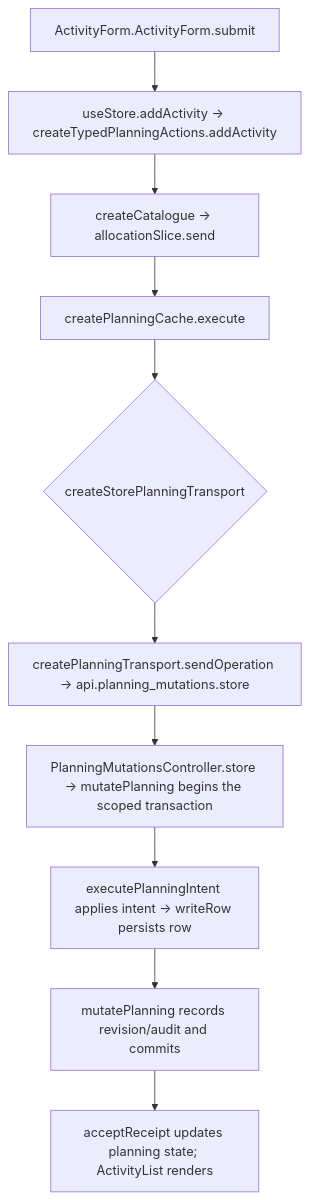
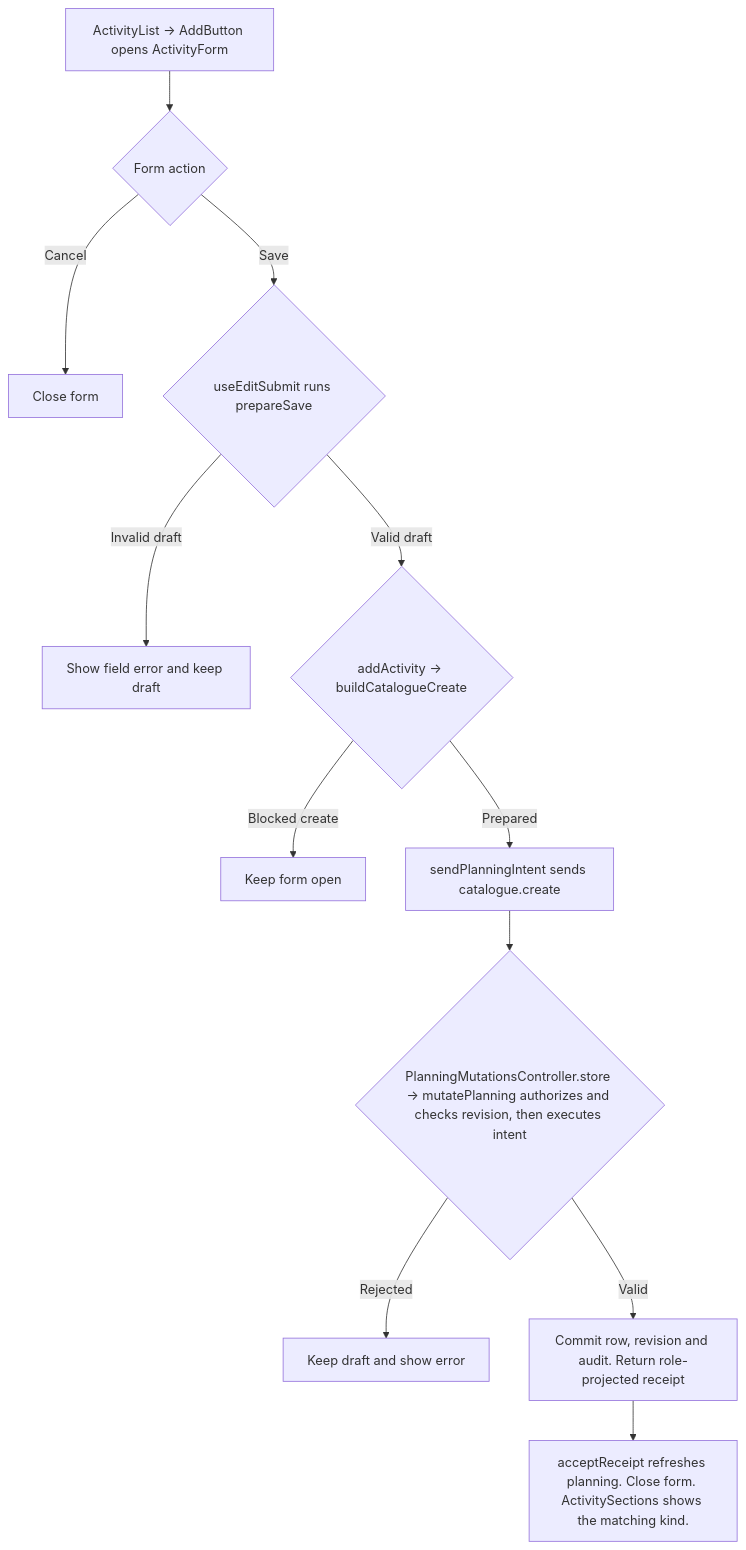
The second of 2 diagrams in user-stories/activities/US-ACT-01-add-activity.md (Kevinjohn/capacitylens), drawn with Mermaid before and after one commit. The commit also changed other lines of this file and 172 other files, not shown here.

Commit message:
docs: reconcile user story code flows with source

````diff
--- a/user-stories/activities/US-ACT-01-add-activity.md
+++ b/user-stories/activities/US-ACT-01-add-activity.md
@@ -39,8 +39,14 @@
 ```mermaid
 flowchart TD
-  A["ActivityForm.ActivityForm.submit"] --> B["useStore.addActivity → createTypedPlanningActions.addActivity"]
-  B --> C["createCatalogue → allocationSlice.send"]
-  C --> D["createPlanningCache.execute"] --> E{"createStorePlanningTransport"}
-  E --> F["createPlanningTransport.sendOperation → api.planning_mutations.store"] --> G["PlanningMutationsController.store → mutatePlanning begins the scoped transaction"]
-  G --> H["executePlanningIntent applies intent → writeRow persists row"] --> K["mutatePlanning records revision/audit and commits"] --> J["acceptReceipt updates planning state; ActivityList renders"]
+  ENTRY["ActivityList → AddButton opens ActivityForm"] --> ACTION{"Form action"}
+  ACTION -->|Cancel| CLOSE["Close form"]
+  ACTION -->|Save| FORM{"useEditSubmit runs prepareSave"}
+  FORM -->|Invalid draft| FIELD["Show field error and keep draft"]
+  FORM -->|Valid draft| CREATE{"addActivity → buildCatalogueCreate"}
+  CREATE -->|Blocked create| OPEN["Keep form open"]
+  CREATE -->|Prepared| SEND["sendPlanningIntent sends catalogue.create"]
+  SEND --> SERVER{"PlanningMutationsController.store → mutatePlanning authorizes and checks revision, then executes intent"}
+  SERVER -->|Rejected| ERROR["Keep draft and show error"]
+  SERVER -->|Valid| COMMIT["Commit row, revision and audit. Return role-projected receipt"]
+  COMMIT --> DONE["acceptReceipt refreshes planning. Close form. ActivitySections shows the matching kind."]
 ```
````
